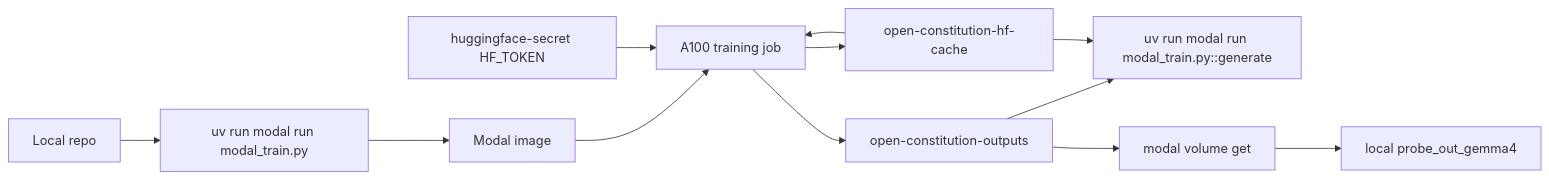
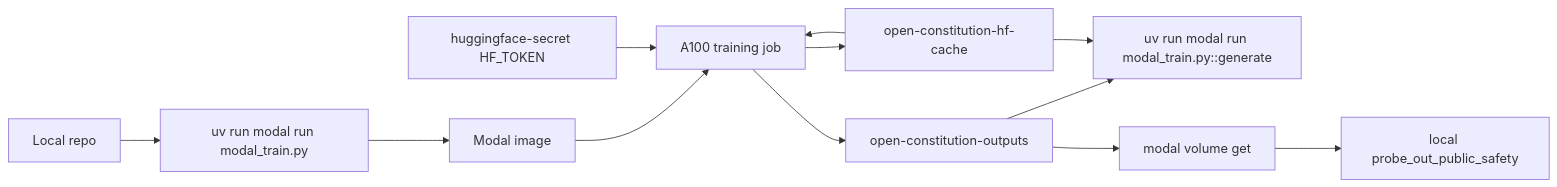
Before and after one commit to superagent-ai/open-constitution: the first of 3 diagrams in README.md, drawn with Mermaid. The commit also changed other lines of this file and 12 other files, not shown here.

Commit message:
Add public safety training data pipeline

````diff
--- a/README.md
+++ b/README.md
@@ -55,14 +55,14 @@
 ```mermaid
 flowchart LR
     LocalRepo["Local repo"] --> ModalRun["uv run modal run modal_train.py"]
     ModalRun --> ModalImage["Modal image"]
     ModalImage --> A100Job["A100 training job"]
     HFSecret["huggingface-secret HF_TOKEN"] --> A100Job
     HFCache["open-constitution-hf-cache"] --> A100Job
     A100Job --> HFCache
     A100Job --> Outputs["open-constitution-outputs"]
     Outputs --> ModalGenerate["uv run modal run modal_train.py::generate"]
     HFCache --> ModalGenerate
     Outputs --> Download["modal volume get"]
-    Download --> LocalProbe["local probe_out_gemma4"]
+    Download --> LocalProbe["local probe_out_public_safety"]
 ```
````
